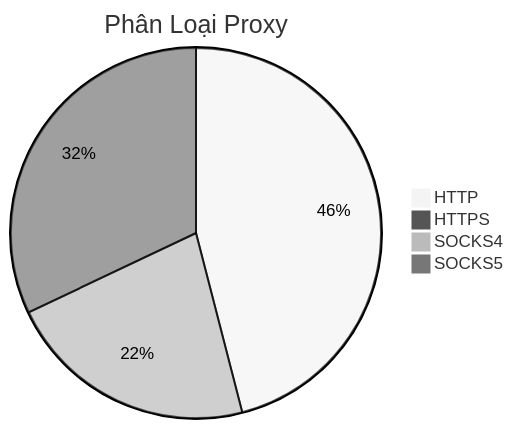
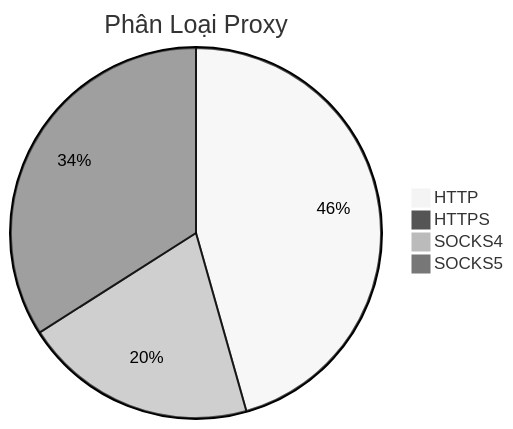
One commit to Ciara-12/PROXY-free changed the diagram in README.md. Above: the diagram before and after it, drawn with Mermaid (neutral theme). The commit also changed other lines of this file and 3 other files, not shown here.

````diff
--- a/README.md
+++ b/README.md
@@ -26,7 +26,7 @@
 ```mermaid
 pie title Phân Loại Proxy
-    "HTTP" : 429
+    "HTTP" : 421
     "HTTPS" : 0
-    "SOCKS4" : 205
-    "SOCKS5" : 299
+    "SOCKS4" : 188
+    "SOCKS5" : 314
 ```
````
